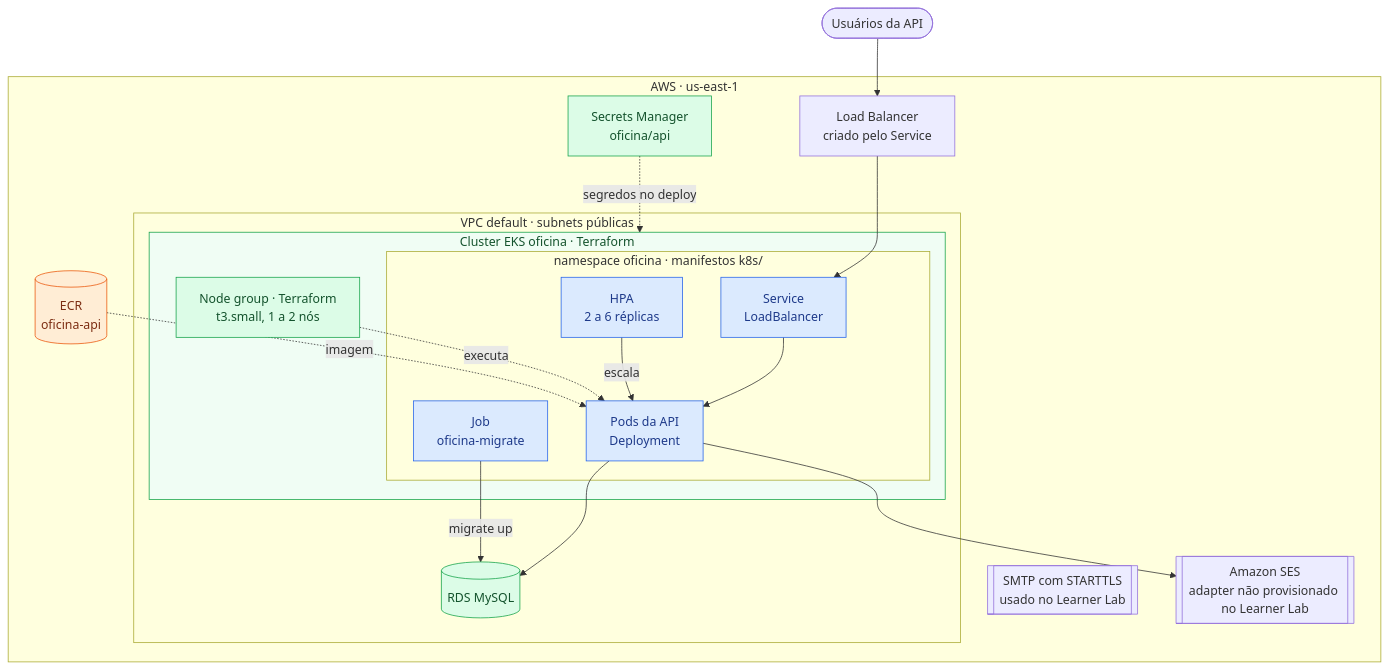
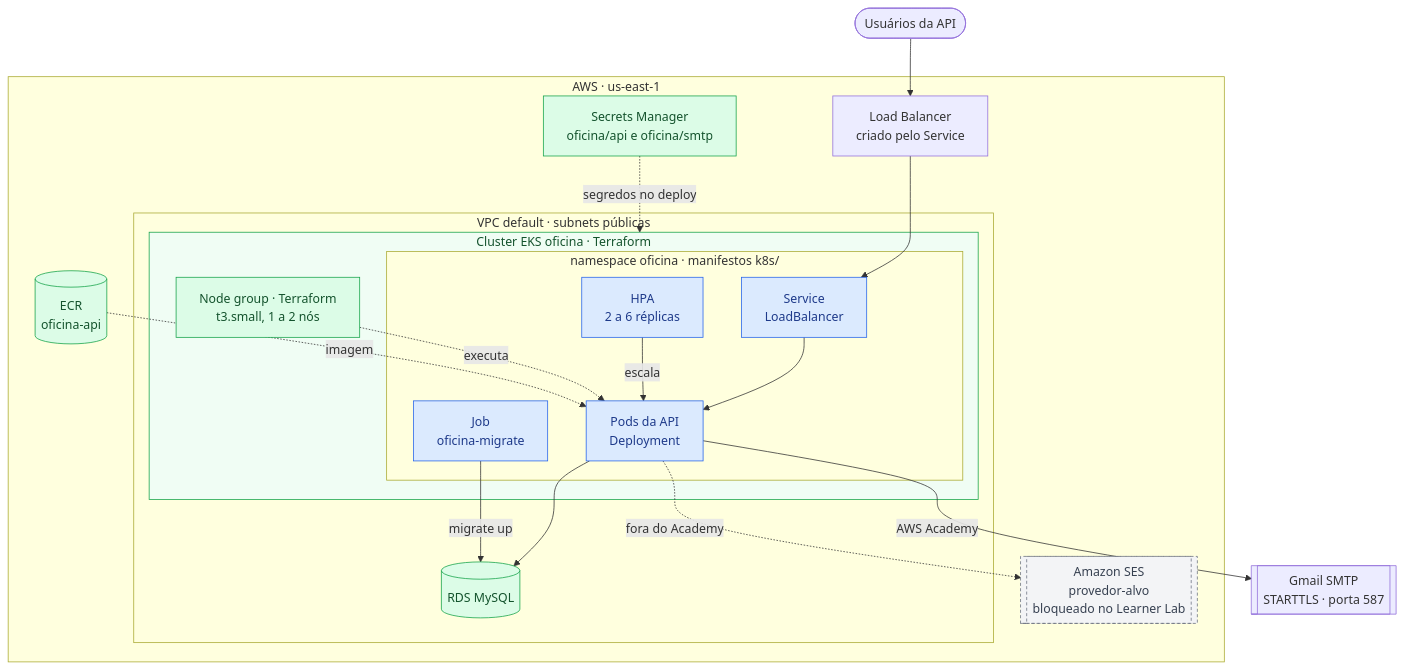
Before and after one commit to muriloperosa/soat-architecture: the third of 4 diagrams in README.md, drawn with Mermaid. The commit also changed other lines of this file and 7 other files, not shown here.

Commit message:
docs: position Amazon SES as target and SMTP as AWS Academy fallback

````diff
--- a/README.md
+++ b/README.md
@@ -126,45 +128,45 @@
 ```mermaid
 flowchart TB
     usuario(["Usuários da API"]) --> lb
 
     subgraph aws["AWS · us-east-1"]
         lb["Load Balancer<br/>criado pelo Service"]
         ecr[("ECR<br/>oficina-api")]
-        sm["Secrets Manager<br/>oficina/api"]
-        smtp[["SMTP com STARTTLS<br/>usado no Learner Lab"]]
-        ses[["Amazon SES<br/>adapter não provisionado no Learner Lab"]]
+        sm["Secrets Manager<br/>oficina/api e oficina/smtp"]
+        ses[["Amazon SES<br/>provedor-alvo<br/>bloqueado no Learner Lab"]]
 
         subgraph vpc["VPC default · subnets públicas"]
             rds[("RDS MySQL")]
 
             subgraph eks["Cluster EKS oficina · Terraform"]
                 nodes["Node group · Terraform<br/>t3.small, 1 a 2 nós"]
 
                 subgraph ns["namespace oficina · manifestos k8s/"]
                     svc["Service<br/>LoadBalancer"]
                     pods["Pods da API<br/>Deployment"]
                     hpa["HPA<br/>2 a 6 réplicas"]
                     job["Job<br/>oficina-migrate"]
                     svc --> pods
                     hpa -->|escala| pods
                 end
             end
         end
     end
 
     lb --> svc
     nodes -.->|executa| pods
     pods --> rds
     job -->|migrate up| rds
-    pods --> ses
+    pods -.->|fora do Academy| ses
+    pods -->|AWS Academy| smtp[["Gmail SMTP<br/>STARTTLS · porta 587"]]
     ecr -.->|imagem| pods
     sm -.->|segredos no deploy| ns
 
     classDef terraform fill:#dcfce7,stroke:#16a34a,color:#14532d
-    classDef manual fill:#ffedd5,stroke:#ea580c,color:#7c2d12
     classDef k8s fill:#dbeafe,stroke:#2563eb,color:#1e3a8a
-    class nodes,rds,sm terraform
-    class ecr manual
+    classDef target fill:#f3f4f6,stroke:#6b7280,color:#374151,stroke-dasharray:4 3
+    class nodes,rds,sm,ecr terraform
+    class ses target
     class svc,pods,hpa,job k8s
     style eks fill:#f0fdf4,stroke:#16a34a,color:#14532d
 ```
````
